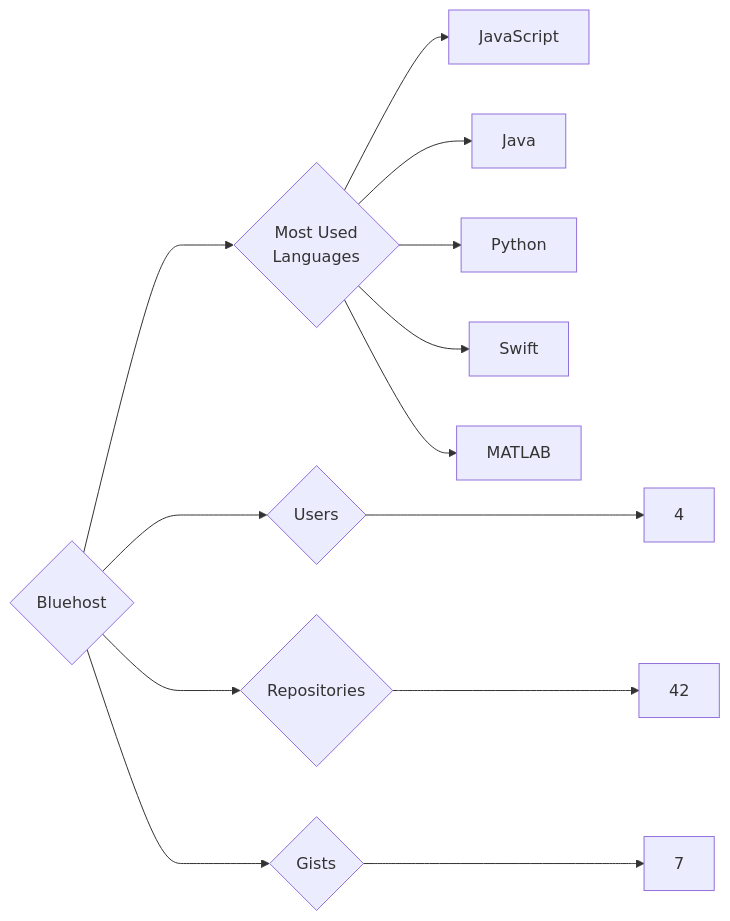
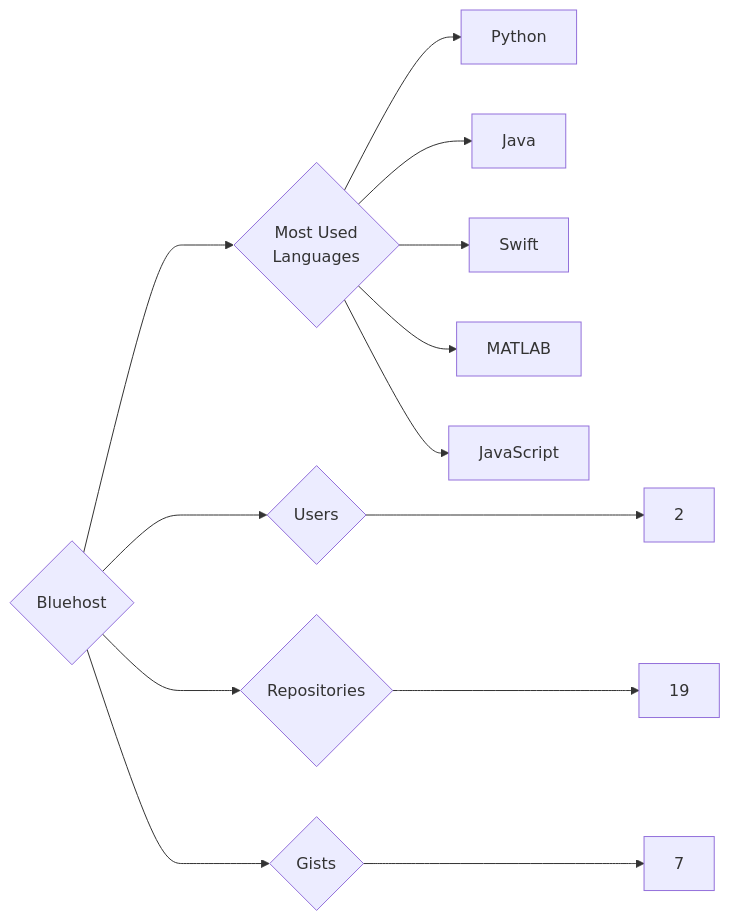
One commit to trickest/insiders changed the diagram in targets/Bluehost/README.md. Above: the diagram before and after it, drawn with Mermaid. The commit also changed 985 other files, not shown here.

````diff
--- a/targets/Bluehost/README.md
+++ b/targets/Bluehost/README.md
@@ -3,13 +3,13 @@
 ```mermaid
 graph LR
 COMPANY_NAME{Bluehost}
-COMPANY_NAME ---> U{Users} ---> UN[4]
-COMPANY_NAME ---> R{Repositories} ---> RN[42]
+COMPANY_NAME ---> U{Users} ---> UN[2]
+COMPANY_NAME ---> R{Repositories} ---> RN[19]
 COMPANY_NAME ---> G{Gists} ---> GN[7]
 COMPANY_NAME ---> ML{Most Used<br>Languages}
-ML --> JavaScript[JavaScript]
+ML --> Python[Python]
 ML --> Java[Java]
-ML --> Python[Python]
 ML --> Swift[Swift]
 ML --> MATLAB[MATLAB]
+ML --> JavaScript[JavaScript]
 ```
````
